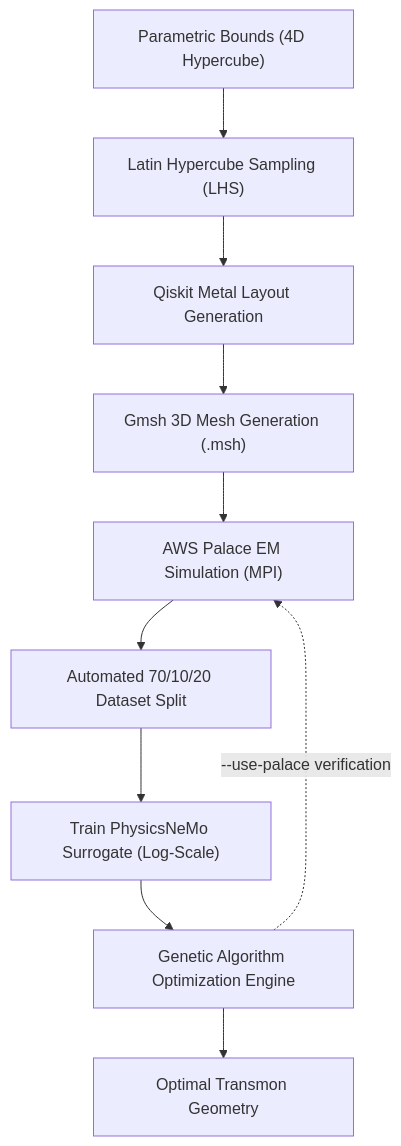
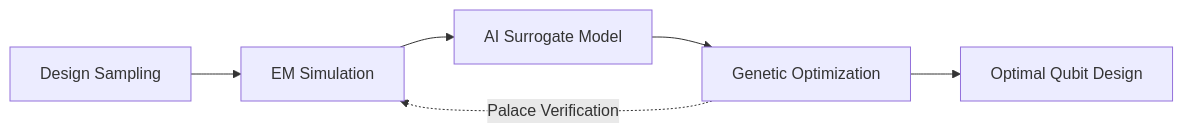
Before and after one commit to recursion2612/metal-flow: the diagram in Opt/Quantum_Opt_Pipeline/docs/README.md, drawn with Mermaid. The commit also changed 3 other files, not shown here.

Commit message:
docs: simplify architecture flowcharts to abstract horizontal blocks across README and docs

````diff
--- a/Opt/Quantum_Opt_Pipeline/docs/README.md
+++ b/Opt/Quantum_Opt_Pipeline/docs/README.md
@@ -26,12 +26,8 @@
 ```mermaid
-flowchart TD
-    A["Parametric Bounds (4D Hypercube)"] --> B["Latin Hypercube Sampling (LHS)"]
-    B --> C["Qiskit Metal Layout Generation"]
-    C --> D["Gmsh 3D Mesh Generation (.msh)"]
-    D --> E["AWS Palace EM Simulation (MPI)"]
-    E --> F["Automated 70/10/20 Dataset Split"]
-    F --> G["Train PhysicsNeMo Surrogate (Log-Scale)"]
-    G --> H["Genetic Algorithm Optimization Engine"]
-    H --> I["Optimal Transmon Geometry"]
-    H -.->|"--use-palace verification"| E
+flowchart LR
+    A["Design Sampling"] --> B["EM Simulation"]
+    B --> C["AI Surrogate Model"]
+    C --> D["Genetic Optimization"]
+    D --> E["Optimal Qubit Design"]
+    D -.->|"Palace Verification"| B
 ```
````
